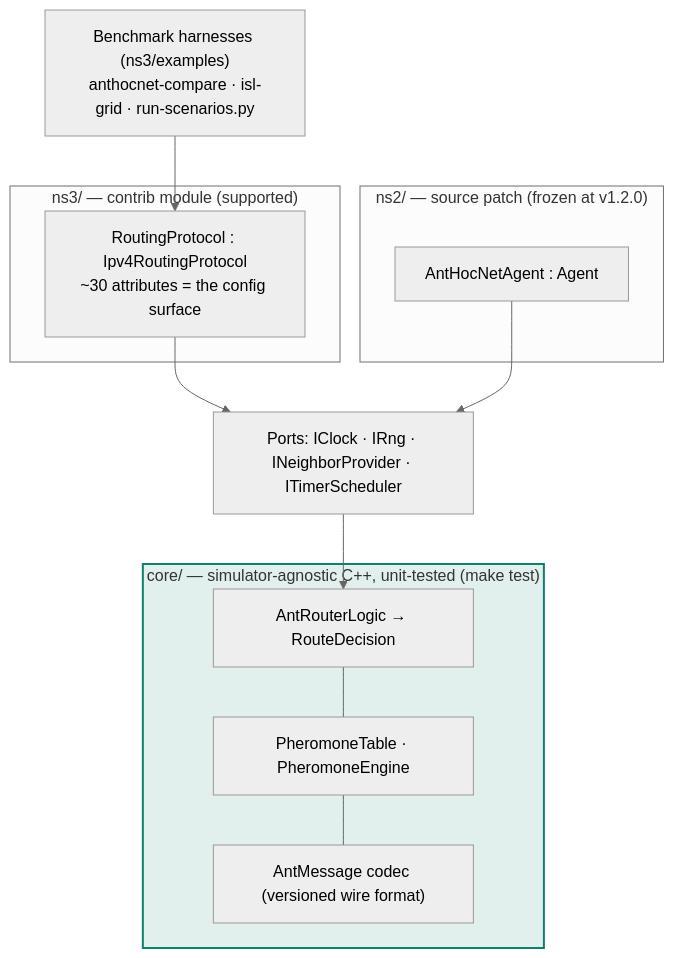
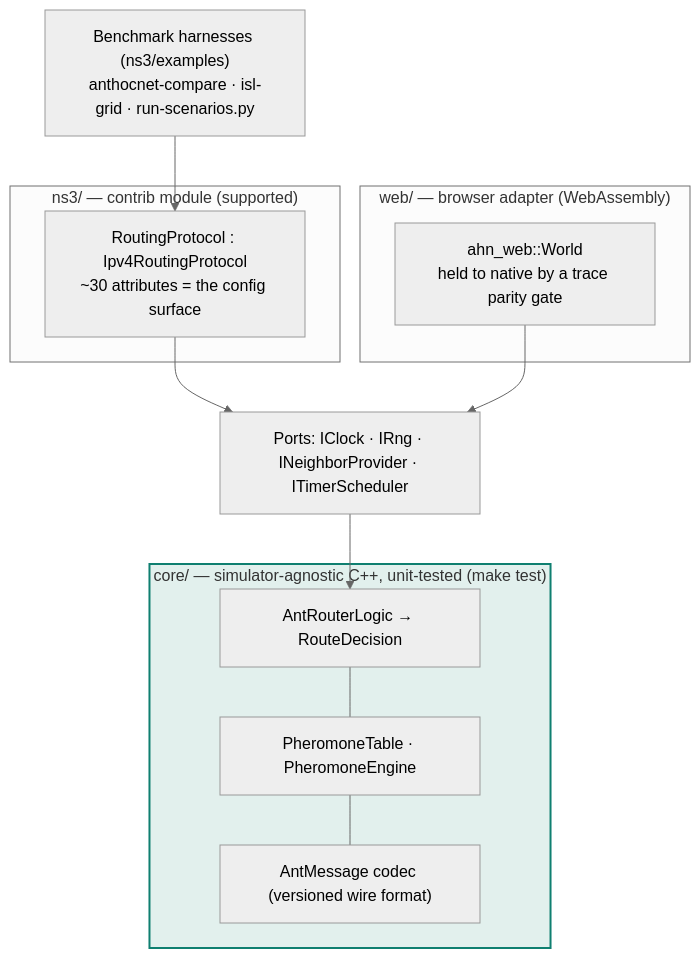
One commit to danieljoppi/AntHocNet changed the diagram in README.md. Above: the diagram before and after it, drawn with Mermaid (neutral theme). The commit also changed other lines of this file and 110 other files, not shown here.

````diff
--- a/README.md
+++ b/README.md
@@ -73,27 +69,27 @@
 ```mermaid
 flowchart TB
     H["Benchmark harnesses (ns3/examples)<br/>anthocnet-compare · isl-grid · run-scenarios.py"]
 
     subgraph NS3["ns3/ — contrib module (supported)"]
         A3["RoutingProtocol : Ipv4RoutingProtocol<br/>~30 attributes = the config surface"]
     end
-    subgraph NS2["ns2/ — source patch (frozen at v1.2.0)"]
-        A2["AntHocNetAgent : Agent"]
+    subgraph WEB["web/ — browser adapter (WebAssembly)"]
+        AW["ahn_web::World<br/>held to native by a trace parity gate"]
     end
 
     P["Ports: IClock · IRng · INeighborProvider · ITimerScheduler"]
 
     subgraph CORE["core/ — simulator-agnostic C++, unit-tested (make test)"]
         C1["AntRouterLogic → RouteDecision"]
         C2["PheromoneTable · PheromoneEngine"]
         C3["AntMessage codec (versioned wire format)"]
     end
 
     H --> A3
     A3 --> P
-    A2 --> P
+    AW --> P
     P --> C1
     C1 --- C2 --- C3
 
     style CORE fill:#e2f0ed,stroke:#0f7f70,stroke-width:2px
 ```
````
